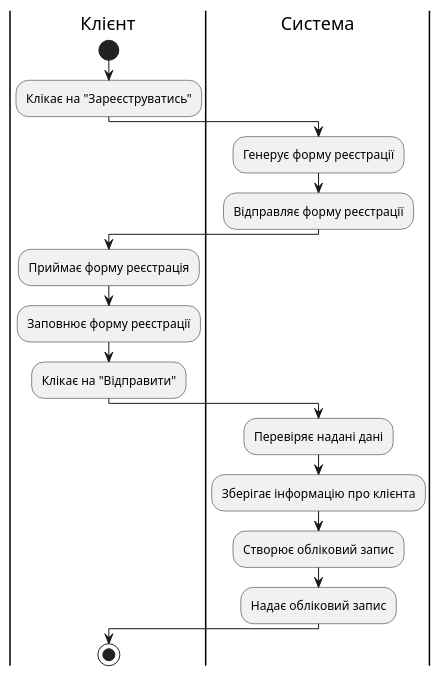
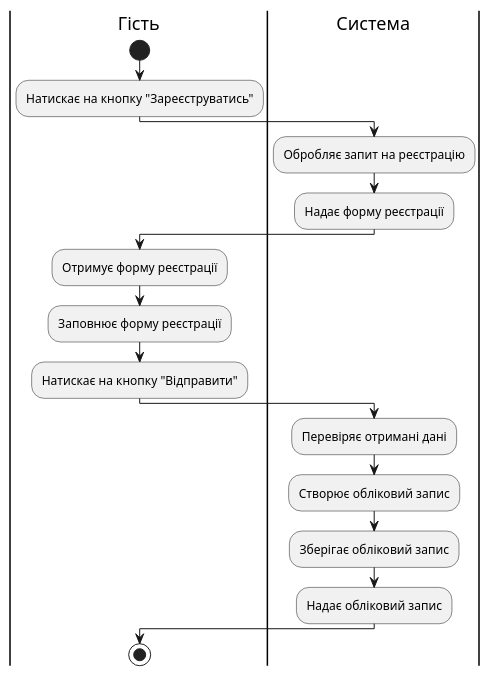
The sixth of 10 diagrams in docs/use cases/README.md (ZoltiiSens/BD_works), drawn with PlantUML before and after one commit. The commit also changed other lines of this file, not shown here.

```diff
--- a/docs/use cases/README.md
+++ b/docs/use cases/README.md
@@ -104,23 +106,23 @@
 @startuml
-|Клієнт|
+|Гість|
 start;
-:Клікає на "Зареєструватись";
+:Натискає на кнопку "Зареєструватись";
 
 |Система|
-:Генерує форму реєстрації;
-:Відправляє форму реєстрації;
+:Обробляє запит на реєстрацію;
+:Надає форму реєстрації;
 
-|Клієнт|
-:Приймає форму реєстрація;
+|Гість|
+:Отримує форму реєстрації;
 :Заповнює форму реєстрації;
-:Клікає на "Відправити";
+:Натискає на кнопку "Відправити";
 
 |Система|
-:Перевіряє надані дані;
-:Зберігає інформацію про клієнта;
+:Перевіряє отримані дані;
 :Створює обліковий запис;
+:Зберігає обліковий запис;
 :Надає обліковий запис;
 
-|Клієнт|
+|Гість|
 stop;
 @enduml
```
